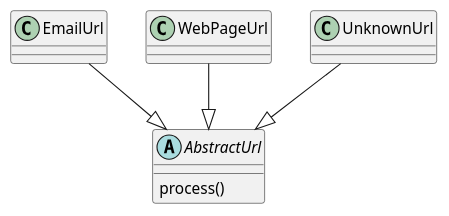
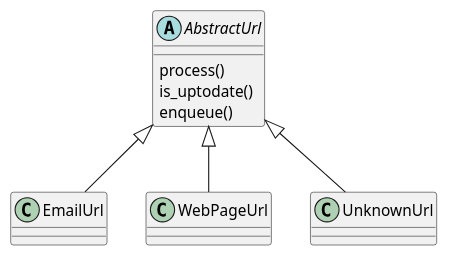
One commit to brochwerger/crawler changed the diagram in design/urls_class.puml. Above: the diagram before and after it, drawn with PlantUML. The commit also changed 1 other file, not shown here.

```diff
--- a/design/urls_class.puml
+++ b/design/urls_class.puml
@@ -1,11 +1,13 @@
 @startuml
 
 abstract class AbstractUrl {
   process()
+  is_uptodate()
+  enqueue()
 }
 
-EmailUrl   --|> AbstractUrl
-WebPageUrl --|> AbstractUrl
-UnknownUrl --|> AbstractUrl
+AbstractUrl <|-- EmailUrl
+AbstractUrl <|-- WebPageUrl
+AbstractUrl <|-- UnknownUrl
 
 @enduml
```
